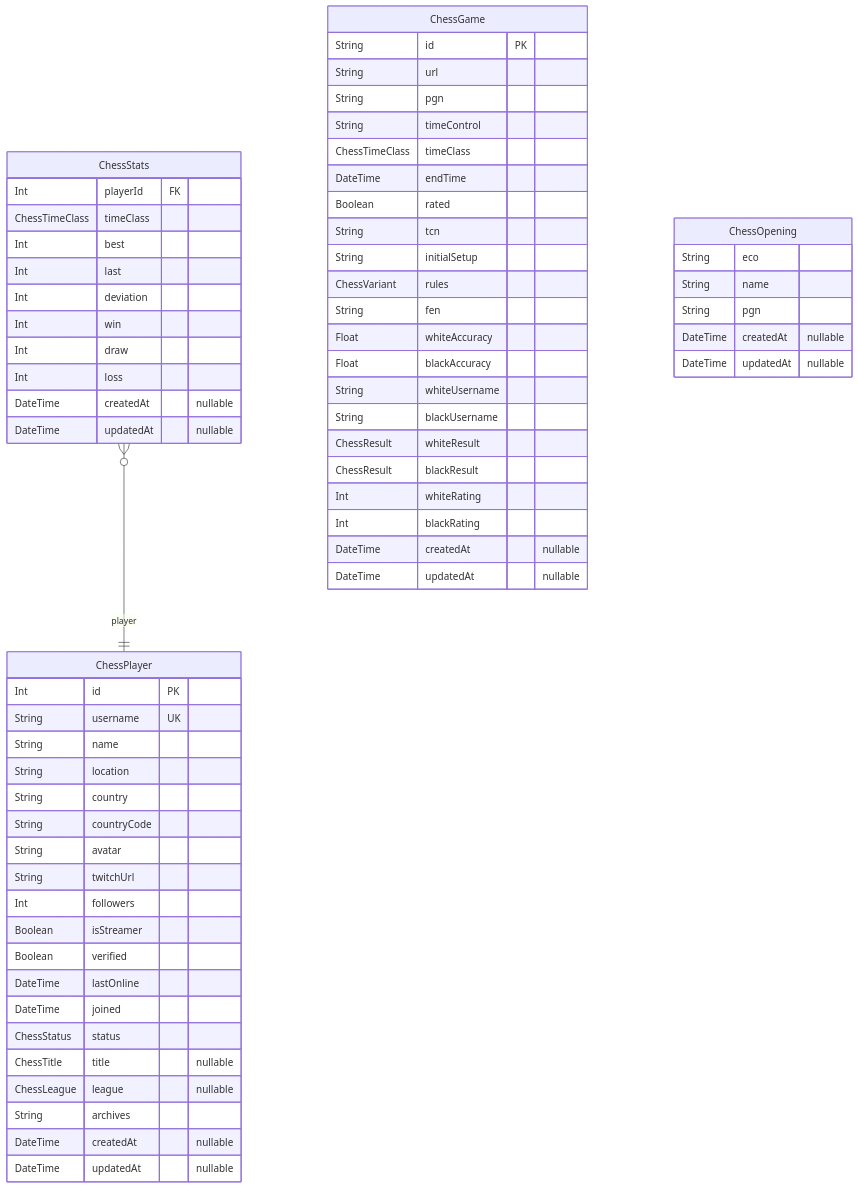
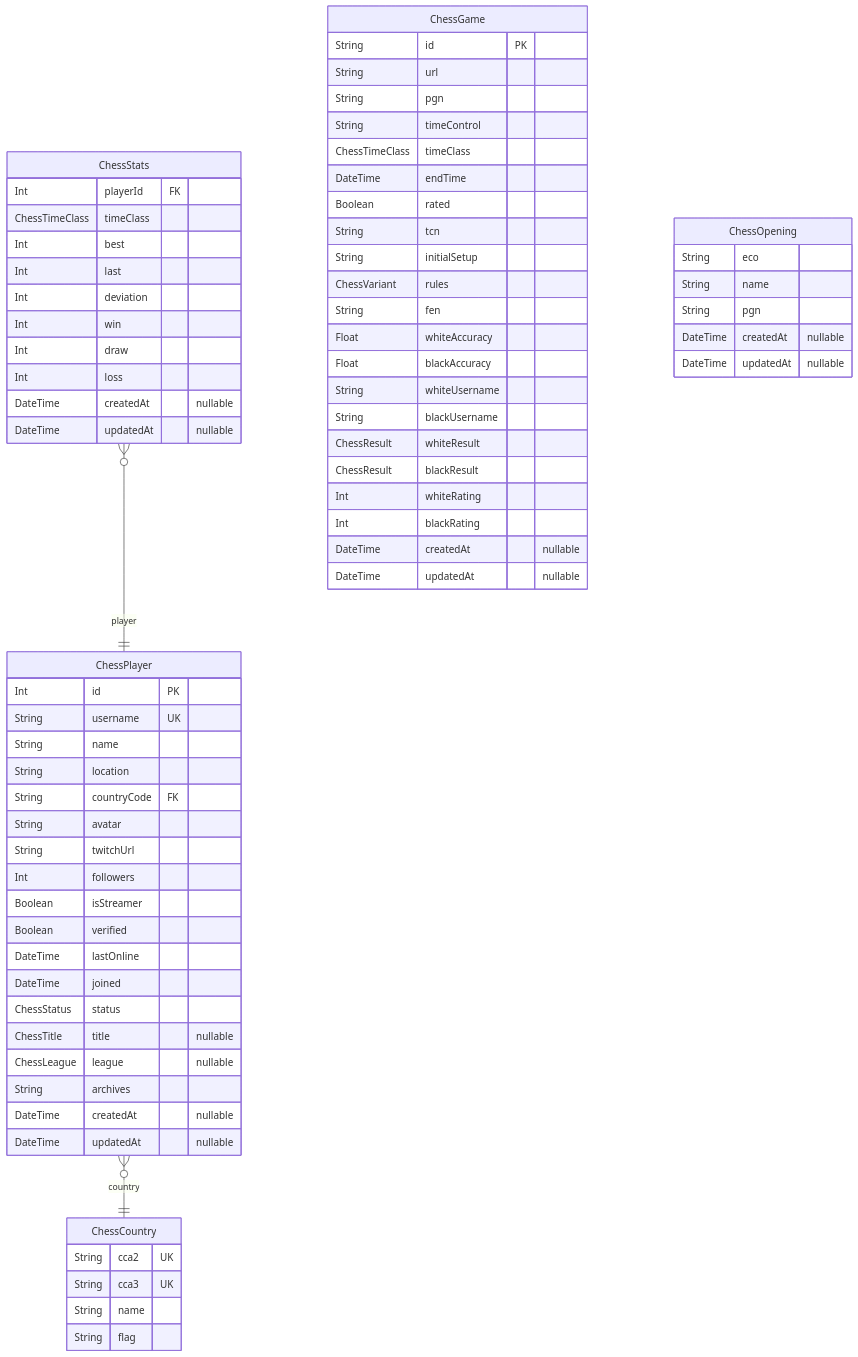
The diagram in frontend/app/chess/prisma/README.md (hieudoanm/hieudoanm.github.io), drawn with Mermaid before and after one commit. The commit also changed other lines of this file and 37 other files, not shown here.

````diff
--- a/frontend/app/chess/prisma/README.md
+++ b/frontend/app/chess/prisma/README.md
@@ -7,67 +7,73 @@
 ```mermaid
 erDiagram
 "ChessPlayer" {
     Int id PK
     String username UK
     String name
     String location
-    String country
-    String countryCode
+    String countryCode FK
     String avatar
     String twitchUrl
     Int followers
     Boolean isStreamer
     Boolean verified
     DateTime lastOnline
     DateTime joined
     ChessStatus status
     ChessTitle title "nullable"
     ChessLeague league "nullable"
     String archives
     DateTime createdAt "nullable"
     DateTime updatedAt "nullable"
+}
+"ChessCountry" {
+    String cca2 UK
+    String cca3 UK
+    String name
+    String flag
 }
 "ChessStats" {
     Int playerId FK
     ChessTimeClass timeClass
     Int best
     Int last
     Int deviation
     Int win
     Int draw
     Int loss
     DateTime createdAt "nullable"
     DateTime updatedAt "nullable"
 }
 "ChessGame" {
     String id PK
     String url
     String pgn
     String timeControl
     ChessTimeClass timeClass
     DateTime endTime
     Boolean rated
     String tcn
     String initialSetup
     ChessVariant rules
     String fen
     Float whiteAccuracy
     Float blackAccuracy
     String whiteUsername
     String blackUsername
     ChessResult whiteResult
     ChessResult blackResult
     Int whiteRating
     Int blackRating
     DateTime createdAt "nullable"
     DateTime updatedAt "nullable"
 }
 "ChessOpening" {
     String eco
     String name
     String pgn
     DateTime createdAt "nullable"
     DateTime updatedAt "nullable"
 }
+"ChessPlayer" }o--|| "ChessCountry" : country
 "ChessStats" }o--|| "ChessPlayer" : player
 ```
````
